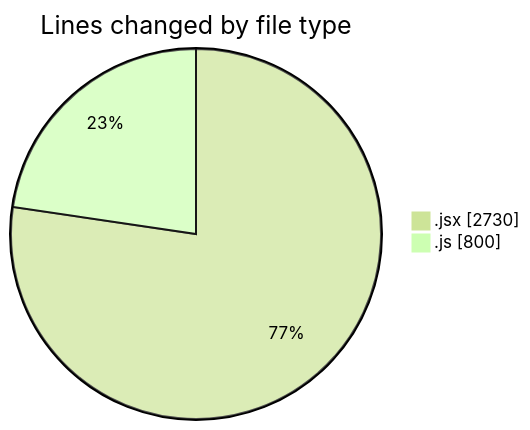
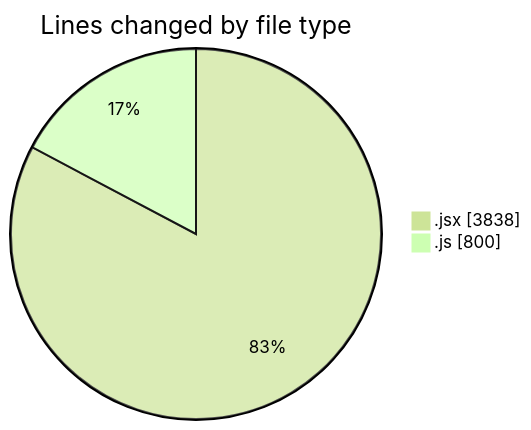
Before and after one commit to nxtqubesakshisongat/code-tracking: the first of 2 diagrams in 2025-07-14/argos/README.md, drawn with Mermaid (forest theme). The commit also changed other lines of this file and 1 other file, not shown here.

````diff
--- a/2025-07-14/argos/README.md
+++ b/2025-07-14/argos/README.md
@@ -26,6 +28,6 @@
 ```mermaid
 pie showData
 title Lines changed by file type
-".jsx" : 2730
+".jsx" : 3838
 ".js" : 800
 ```
````
